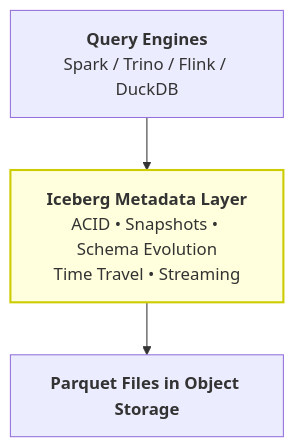
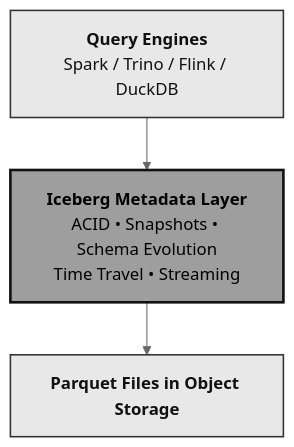
One commit to rilov/handbook changed the third of 7 diagrams in _topics/modern-containerized-open-data-stack.md. Above: the diagram before and after it, drawn with Mermaid. The commit also changed other lines of this file, not shown here.

Commit message:
Update mermaid diagrams to grayscale with larger readable fonts

```diff
--- a/_topics/modern-containerized-open-data-stack.md
+++ b/_topics/modern-containerized-open-data-stack.md
@@ -163,7 +171,10 @@
 <div class="mermaid">
+%%{init: {'theme':'neutral', 'themeVariables': {'fontSize':'16px', 'fontFamily':'Helvetica, Arial, sans-serif'}}}%%
 graph TD
     Q["<b>Query Engines</b><br/>Spark / Trino / Flink / DuckDB"]
     Q --> M["<b>Iceberg Metadata Layer</b><br/>ACID • Snapshots • Schema Evolution<br/>Time Travel • Streaming"]
     M --> P["<b>Parquet Files in Object Storage</b>"]
-    style M fill:#ffd,stroke:#cc0,stroke-width:2px
+    style Q fill:#e8e8e8,stroke:#333,stroke-width:1.5px,color:#111
+    style M fill:#9e9e9e,stroke:#111,stroke-width:2.5px,color:#000
+    style P fill:#e8e8e8,stroke:#333,stroke-width:1.5px,color:#111
 </div>
```
